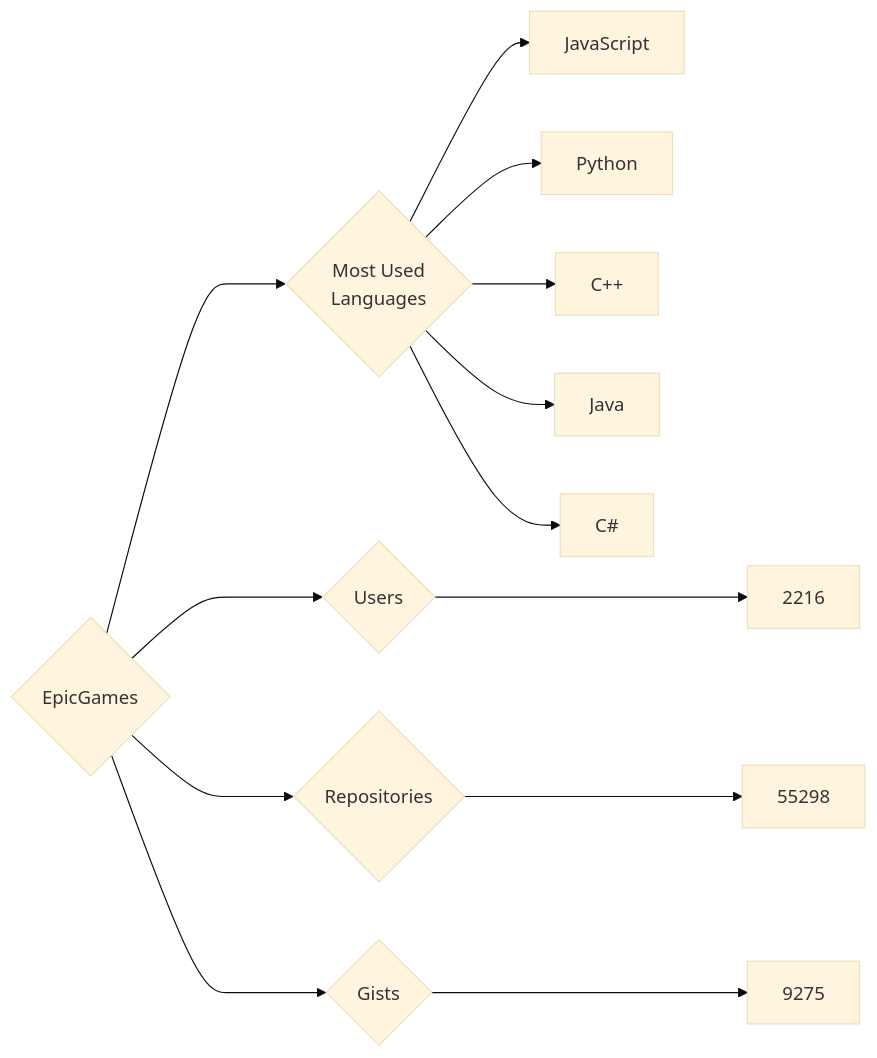
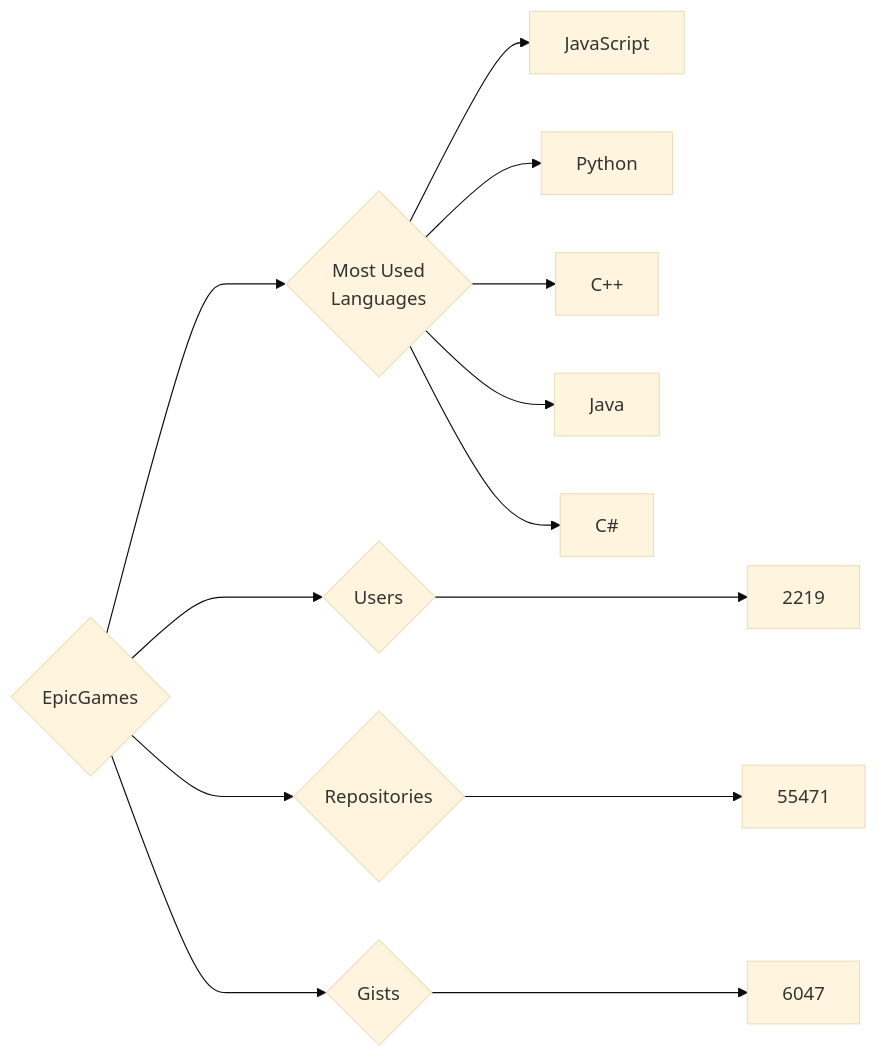
Before and after one commit to trickest/insiders: the diagram in targets/EpicGames/README.md, drawn with Mermaid (base theme). The commit also changed 948 other files, not shown here.

````diff
--- a/targets/EpicGames/README.md
+++ b/targets/EpicGames/README.md
@@ -3,13 +3,13 @@
 ```mermaid
 graph LR
 COMPANY_NAME{EpicGames}
-COMPANY_NAME ---> U{Users} ---> UN[2216]
-COMPANY_NAME ---> R{Repositories} ---> RN[55298]
-COMPANY_NAME ---> G{Gists} ---> GN[9275]
+COMPANY_NAME ---> U{Users} ---> UN[2219]
+COMPANY_NAME ---> R{Repositories} ---> RN[55471]
+COMPANY_NAME ---> G{Gists} ---> GN[6047]
 COMPANY_NAME ---> ML{Most Used<br>Languages}
 ML --> JavaScript[JavaScript]
 ML --> Python[Python]
 ML --> C++[C++]
 ML --> Java[Java]
 ML --> C#[C#]
 ```
````
